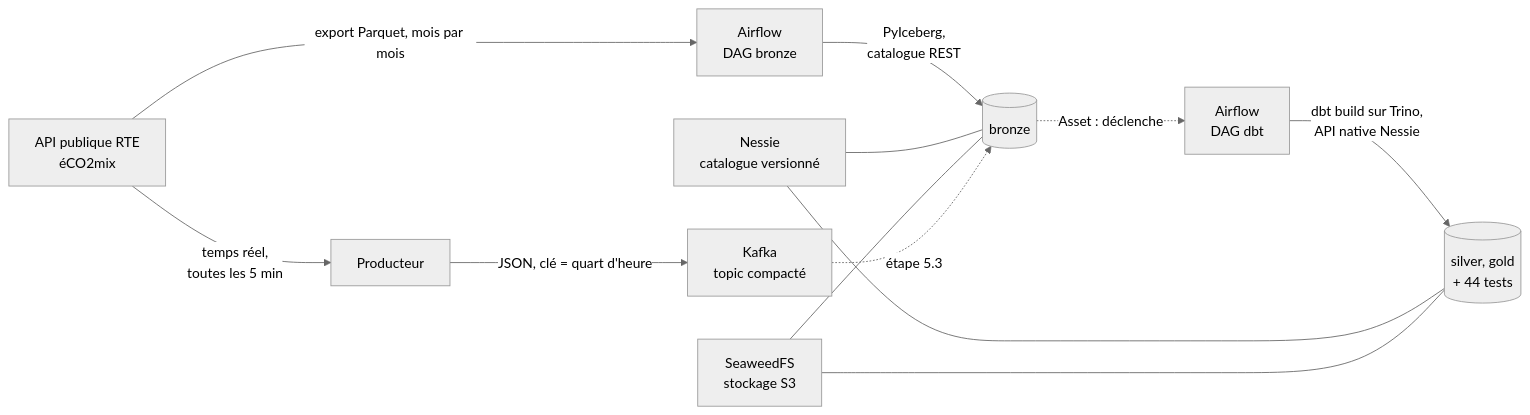
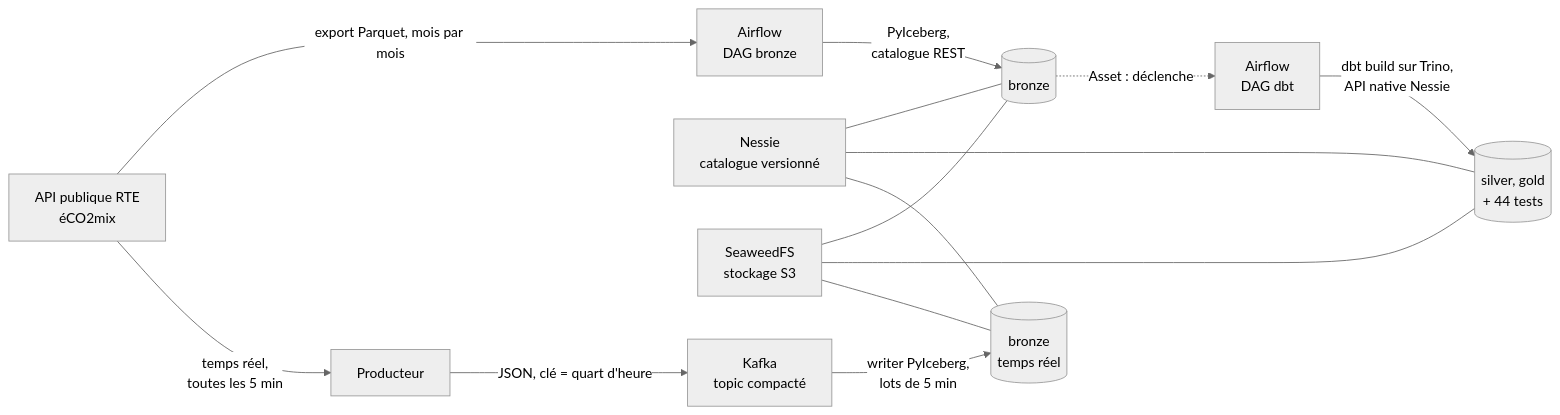
The diagram in README.md (Maeva-RODRIGUES/wattlake), drawn with Mermaid (neutral theme) before and after one commit. The commit also changed other lines of this file and 19 other files, not shown here.

````diff
--- a/README.md
+++ b/README.md
@@ -29,14 +29,16 @@
 ```mermaid
 flowchart LR
     API[API publique RTE<br/>éCO2mix] -->|export Parquet, mois par mois| AF[Airflow<br/>DAG bronze]
     AF -->|PyIceberg,<br/>catalogue REST| BR[(bronze)]
     BR -.->|Asset : déclenche| DBT[Airflow<br/>DAG dbt]
     DBT -->|dbt build sur Trino,<br/>API native Nessie| SG[(silver, gold<br/>+ 44 tests)]
     NES[Nessie<br/>catalogue versionné] --- BR
     NES --- SG
     S3[SeaweedFS<br/>stockage S3] --- BR
     S3 --- SG
     API -->|temps réel,<br/>toutes les 5 min| PR[Producteur]
     PR -->|JSON, clé = quart d'heure| K[Kafka<br/>topic compacté]
-    K -.->|étape 5.3| BR
+    K -->|writer PyIceberg,<br/>lots de 5 min| RT[(bronze<br/>temps réel)]
+    NES --- RT
+    S3 --- RT
 ```
````
